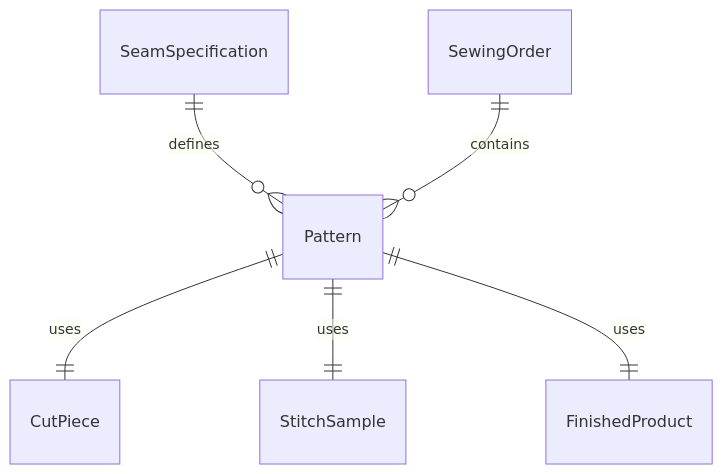
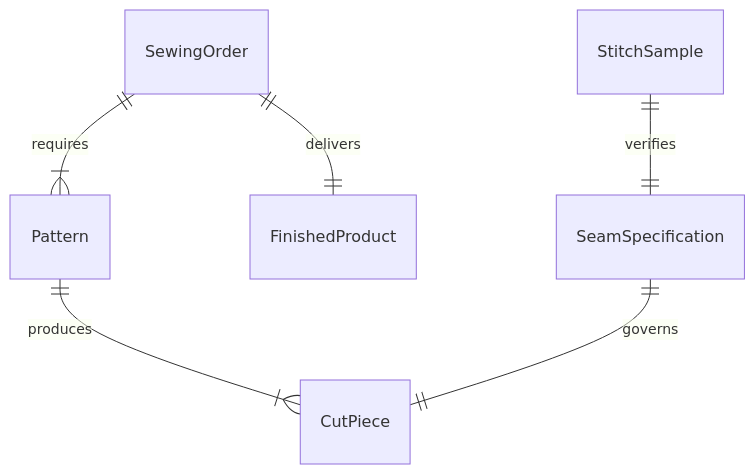
Before and after one commit to dot-org-ai/tasks.org.ai: the first of 4 diagrams in HandlingAndMovingObjects/SewGarmentsOrMaterials/SewMaterials.mdx, drawn with Mermaid. The commit also changed other lines of this file and 515 other files, not shown here.

````diff
--- a/HandlingAndMovingObjects/SewGarmentsOrMaterials/SewMaterials.mdx
+++ b/HandlingAndMovingObjects/SewGarmentsOrMaterials/SewMaterials.mdx
@@ -86,8 +86,8 @@
 ```mermaid
 erDiagram
-    Pattern ||--|| CutPiece : "uses"
-    SeamSpecification ||--o{ Pattern : "defines"
-    SewingOrder ||--o{ Pattern : "contains"
-    Pattern ||--|| StitchSample : "uses"
-    Pattern ||--|| FinishedProduct : "uses"
+    Pattern ||--|{ CutPiece : "produces"
+    SeamSpecification ||--|| CutPiece : "governs"
+    SewingOrder ||--|{ Pattern : "requires"
+    StitchSample ||--|| SeamSpecification : "verifies"
+    SewingOrder ||--|| FinishedProduct : "delivers"
 ```
````
